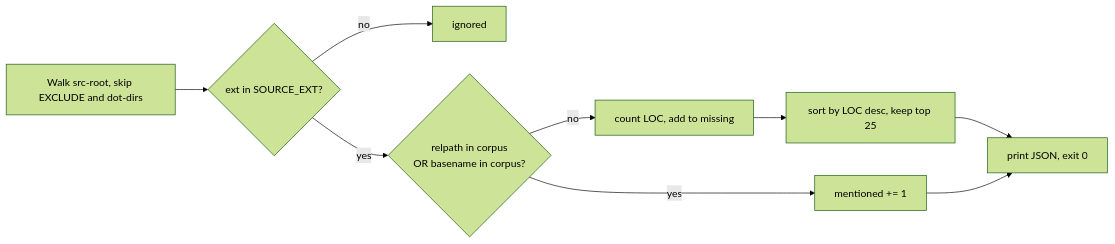
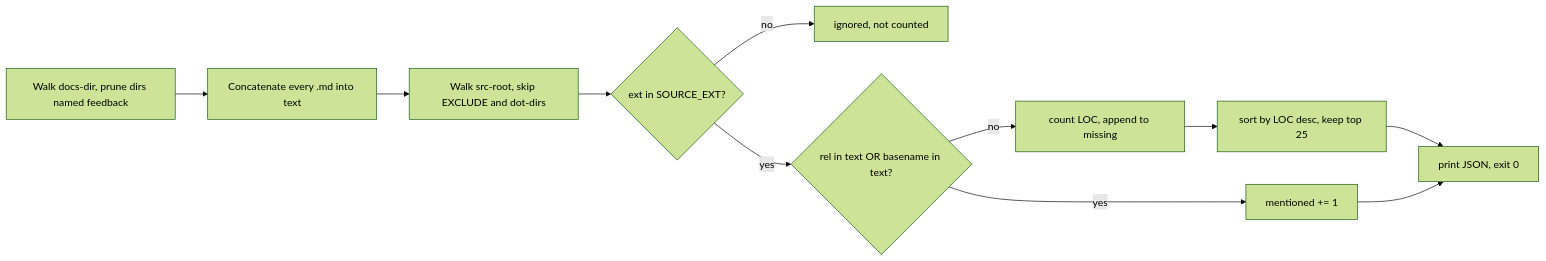
Before and after one commit to peterlit/quiller-claude-plugins: the fourth of 16 diagrams in docs/architecture/arch-docs-tools.md, drawn with Mermaid (forest theme). The commit also changed other lines of this file and 5 other files, not shown here.

````diff
--- a/docs/architecture/arch-docs-tools.md
+++ b/docs/architecture/arch-docs-tools.md
@@ -260,11 +402,13 @@
 ```mermaid
 flowchart LR
-  A["Walk src-root, skip EXCLUDE and dot-dirs"] --> B{"ext in SOURCE_EXT?"}
-  B -->|no| Skip["ignored"]
-  B -->|yes| C{"relpath in corpus<br/>OR basename in corpus?"}
+  D["Walk docs-dir, prune dirs named feedback"] --> T["Concatenate every .md into text"]
+  T --> A["Walk src-root, skip EXCLUDE and dot-dirs"]
+  A --> B{"ext in SOURCE_EXT?"}
+  B -->|no| Skip["ignored, not counted"]
+  B -->|yes| C{"rel in text OR basename in text?"}
   C -->|yes| M["mentioned += 1"]
-  C -->|no| U["count LOC, add to missing"]
+  C -->|no| U["count LOC, append to missing"]
   U --> S["sort by LOC desc, keep top 25"]
   S --> J["print JSON, exit 0"]
   M --> J
 ```
````
